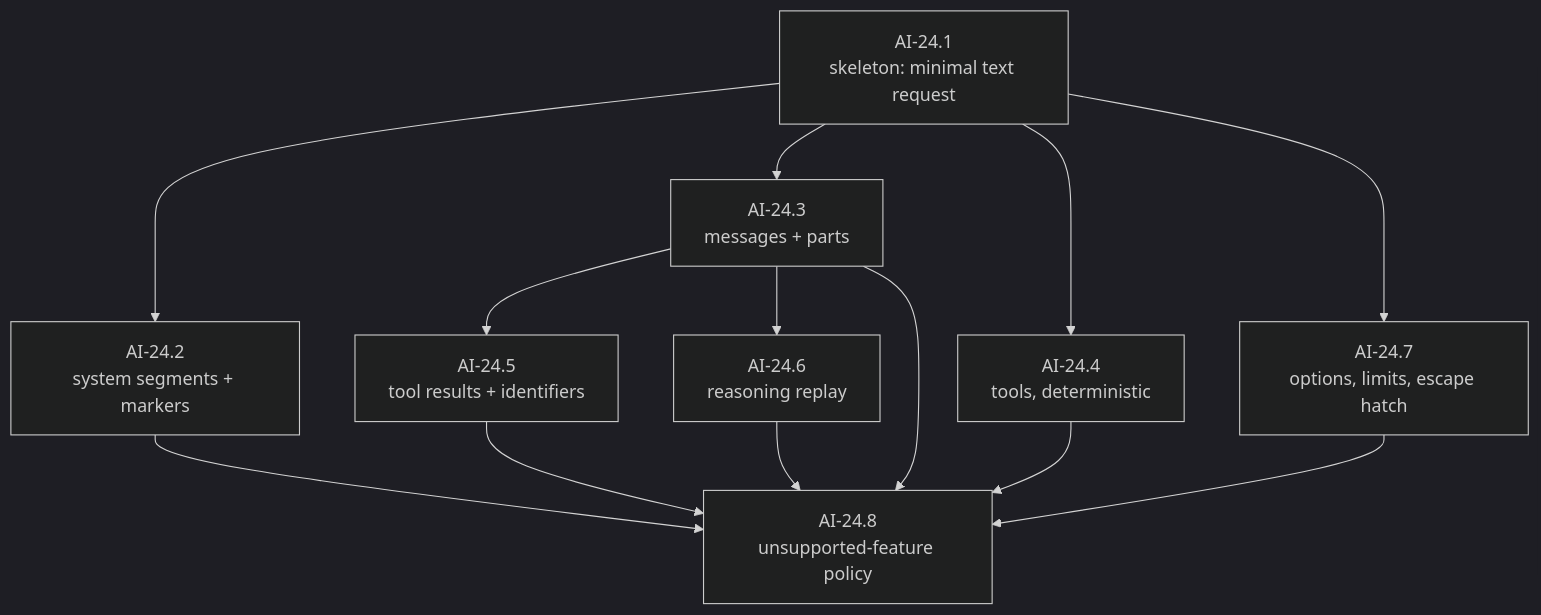
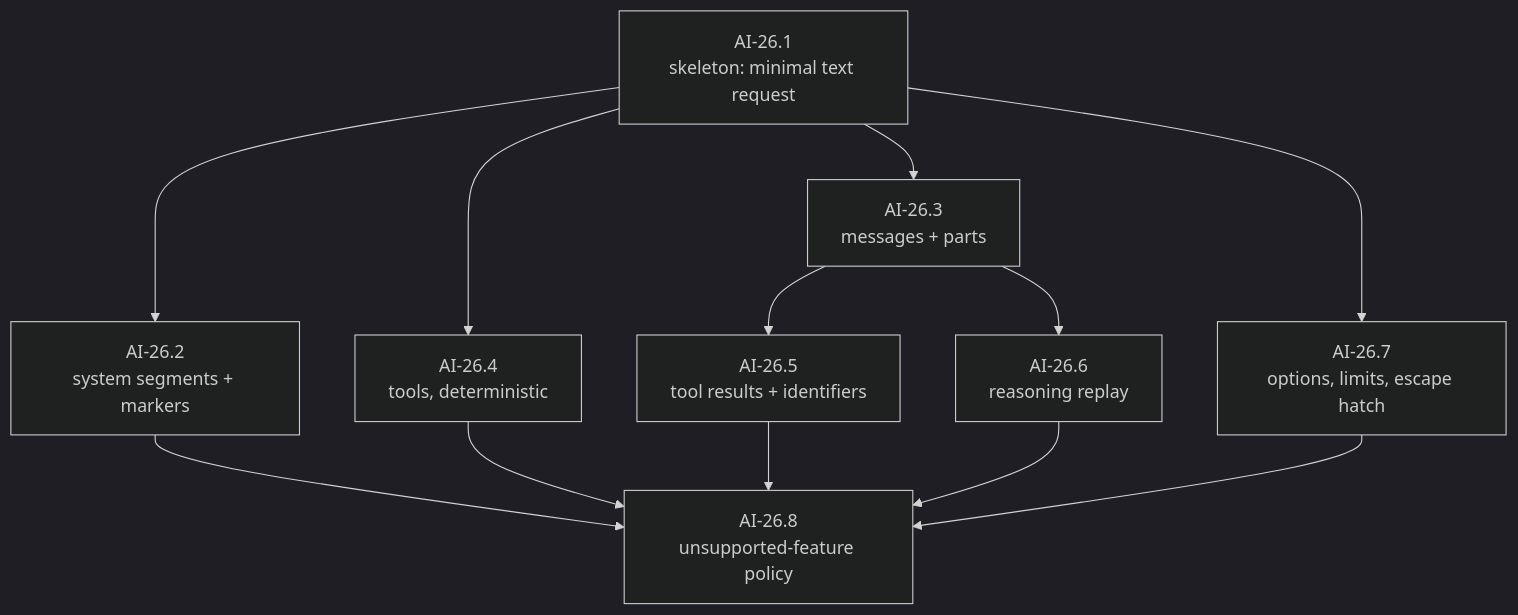
Diagram 18 of 29 in docs/architecture/milestones/0002-cachicamas-ai-layer-1-task-graph.md (witsaba/cachicamas), drawn with Mermaid (dark theme) before and after one commit. The commit also changed other lines of this file, not shown here.

First line of the commit message:
docs: rewrite Layer 1 task graph as a from-zero plan (AI-00 … AI-40)

````diff
--- a/docs/architecture/milestones/0002-cachicamas-ai-layer-1-task-graph.md
+++ b/docs/architecture/milestones/0002-cachicamas-ai-layer-1-task-graph.md
@@ -1092,15 +1482,14 @@
 ```mermaid
 flowchart TB
-    P1["AI-24.1<br/>skeleton: minimal text request"] --> P2["AI-24.2<br/>system segments + markers"]
-    P1 --> P3["AI-24.3<br/>messages + parts"]
-    P1 --> P4["AI-24.4<br/>tools, deterministic"]
-    P3 --> P5["AI-24.5<br/>tool results + identifiers"]
-    P3 --> P6["AI-24.6<br/>reasoning replay"]
-    P1 --> P7["AI-24.7<br/>options, limits, escape hatch"]
-    P2 --> P8["AI-24.8<br/>unsupported-feature policy"]
-    P3 --> P8
-    P4 --> P8
-    P5 --> P8
-    P6 --> P8
-    P7 --> P8
+    U1["AI-26.1<br/>skeleton: minimal text request"] --> U2["AI-26.2<br/>system segments + markers"]
+    U1 --> U3["AI-26.3<br/>messages + parts"]
+    U1 --> U4["AI-26.4<br/>tools, deterministic"]
+    U3 --> U5["AI-26.5<br/>tool results + identifiers"]
+    U3 --> U6["AI-26.6<br/>reasoning replay"]
+    U1 --> U7["AI-26.7<br/>options, limits, escape hatch"]
+    U2 --> U8["AI-26.8<br/>unsupported-feature policy"]
+    U4 --> U8
+    U5 --> U8
+    U6 --> U8
+    U7 --> U8
 ```
````
